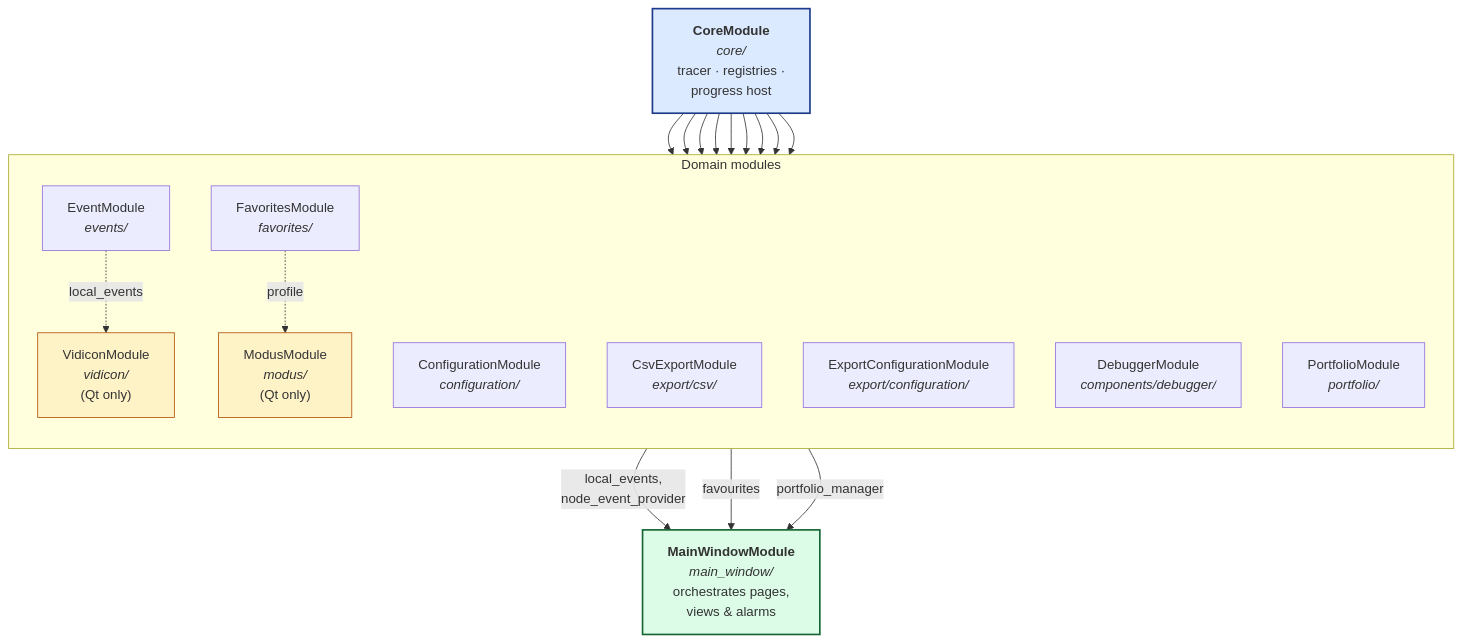
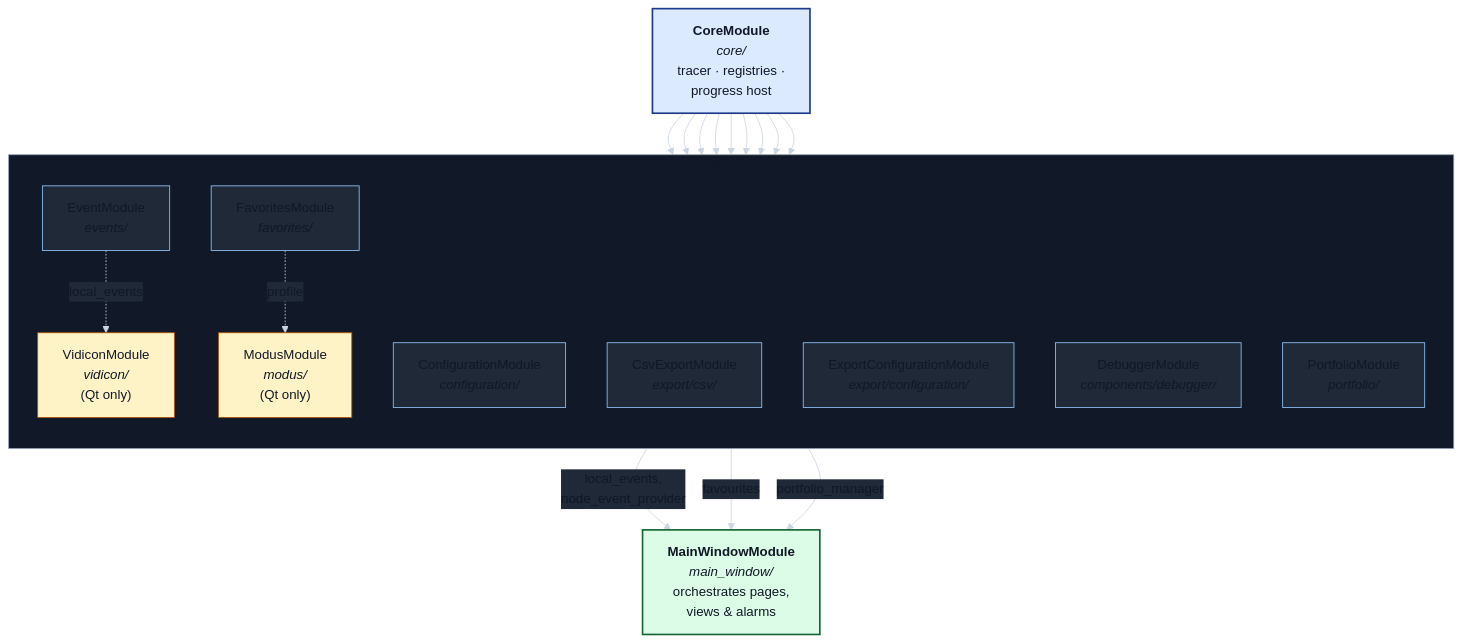
Before and after one commit to alexsmn/scada-client: the diagram in docs/module-graph.mmd, drawn with Mermaid. The commit also changed 8 other files, not shown here.

```diff
--- a/docs/module-graph.mmd
+++ b/docs/module-graph.mmd
@@ -1,41 +1,61 @@
-%%{init: {'flowchart': {'htmlLabels': true}}}%%
+%%{init: {
+  'theme': 'base',
+  'themeVariables': {
+    'background': 'transparent',
+    'primaryColor': '#1f2937',
+    'primaryBorderColor': '#93c5fd',
+    'primaryTextColor': '#f8fafc',
+    'secondaryColor': '#1f2937',
+    'secondaryBorderColor': '#93c5fd',
+    'secondaryTextColor': '#f8fafc',
+    'tertiaryColor': '#0f172a',
+    'tertiaryBorderColor': '#94a3b8',
+    'tertiaryTextColor': '#f8fafc',
+    'lineColor': '#cbd5e1',
+    'defaultLinkColor': '#cbd5e1',
+    'clusterBkg': '#111827',
+    'clusterBorder': '#94a3b8',
+    'titleColor': '#f8fafc'
+  },
+  'flowchart': {'htmlLabels': true}
+}}%%
 flowchart TB
     Core["<b>CoreModule</b><br/><i>core/</i><br/>tracer · registries ·<br/>progress host"]
 
     subgraph Domain["Domain modules"]
         direction TB
         Event["EventModule<br/><i>events/</i>"]
         Config["ConfigurationModule<br/><i>configuration/</i>"]
         Csv["CsvExportModule<br/><i>export/csv/</i>"]
         ExportCfg["ExportConfigurationModule<br/><i>export/configuration/</i>"]
         Debug["DebuggerModule<br/><i>components/debugger/</i>"]
         Fav["FavoritesModule<br/><i>favorites/</i>"]
         Portfolio["PortfolioModule<br/><i>portfolio/</i>"]
         Modus["ModusModule<br/><i>modus/</i><br/>(Qt only)"]
         Vidicon["VidiconModule<br/><i>vidicon/</i><br/>(Qt only)"]
     end
 
     MW["<b>MainWindowModule</b><br/><i>main_window/</i><br/>orchestrates pages,<br/>views &amp; alarms"]
 
     Core --> Event
     Core --> Config
     Core --> Csv
     Core --> ExportCfg
     Core --> Debug
     Core --> Fav
     Core --> Portfolio
     Core --> Modus
     Core --> Vidicon
 
     Event -->|local_events,<br/>node_event_provider| MW
     Fav -->|favourites| MW
     Portfolio -->|portfolio_manager| MW
     Event -.->|local_events| Vidicon
     Fav -.->|profile| Modus
 
-    classDef root fill:#dbeafe,stroke:#1e3a8a,stroke-width:2px
-    classDef orchestrator fill:#dcfce7,stroke:#166534,stroke-width:2px
-    classDef qtonly fill:#fef3c7,stroke:#b45309
+    classDef root fill:#dbeafe,stroke:#1e3a8a,stroke-width:2px,color:#111827
+    classDef orchestrator fill:#dcfce7,stroke:#166534,stroke-width:2px,color:#111827
+    classDef qtonly fill:#fef3c7,stroke:#b45309,color:#111827
     class Core root
     class MW orchestrator
     class Modus,Vidicon qtonly
```
